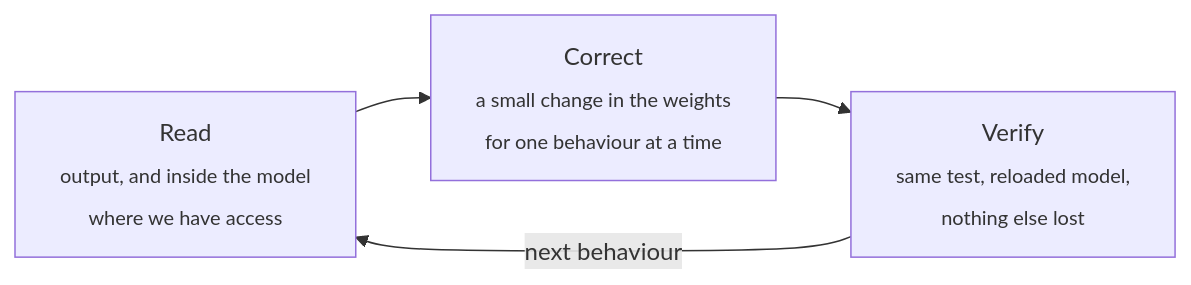
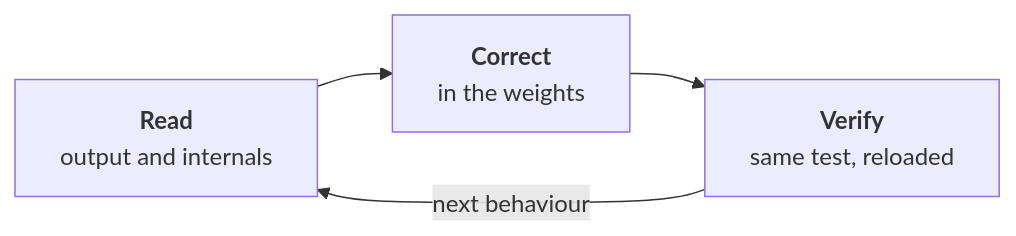
Before and after one commit to SiliconPsycheLabs/splabs: the diagram in README.md, drawn with Mermaid.

Commit message:
Front page: shorter labels in the how-we-work diagram
Claude-Session: https://claude.ai/code/session_01CpkzdS41j8FmzV5xNAqaV6

````diff
--- a/README.md
+++ b/README.md
@@ -41,6 +41,6 @@
 ```mermaid
 flowchart LR
-    A["Read<br/><sub>output, and inside the model<br/>where we have access</sub>"] --> B["Correct<br/><sub>a small change in the weights<br/>for one behaviour at a time</sub>"]
-    B --> C["Verify<br/><sub>same test, reloaded model,<br/>nothing else lost</sub>"]
+    A["<b>Read</b><br/>output and internals"] --> B["<b>Correct</b><br/>in the weights"]
+    B --> C["<b>Verify</b><br/>same test, reloaded"]
     C -->|"next behaviour"| A
 ```
````
